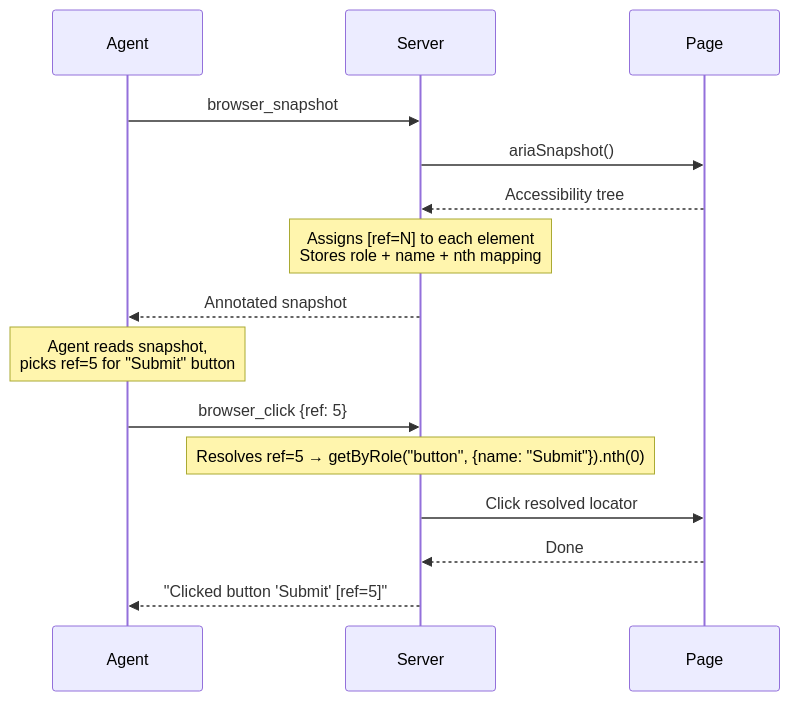
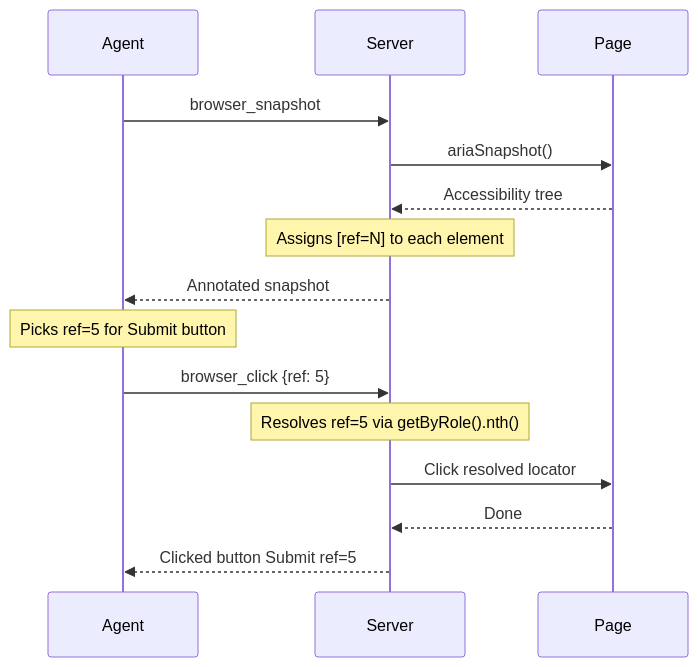
The third of 5 diagrams in projects/webmcp/ai-inspector-server/README.md (tech-sumit/react-webmcp), drawn with Mermaid before and after one commit. The commit also changed other lines of this file and 8 other files, not shown here.

````diff
--- a/projects/webmcp/ai-inspector-server/README.md
+++ b/projects/webmcp/ai-inspector-server/README.md
@@ -311,20 +278,20 @@
 ```mermaid
 sequenceDiagram
     participant Agent
     participant Server
     participant Page
 
     Agent->>Server: browser_snapshot
     Server->>Page: ariaSnapshot()
     Page-->>Server: Accessibility tree
-    Note over Server: Assigns [ref=N] to each element<br/>Stores role + name + nth mapping
+    Note over Server: Assigns [ref=N] to each element
     Server-->>Agent: Annotated snapshot
 
-    Note over Agent: Agent reads snapshot,<br/>picks ref=5 for "Submit" button
+    Note over Agent: Picks ref=5 for Submit button
 
     Agent->>Server: browser_click {ref: 5}
-    Note over Server: Resolves ref=5 → getByRole("button", {name: "Submit"}).nth(0)
+    Note over Server: Resolves ref=5 via getByRole().nth()
     Server->>Page: Click resolved locator
     Page-->>Server: Done
-    Server-->>Agent: "Clicked button 'Submit' [ref=5]"
+    Server-->>Agent: Clicked button Submit ref=5
 ```
````
